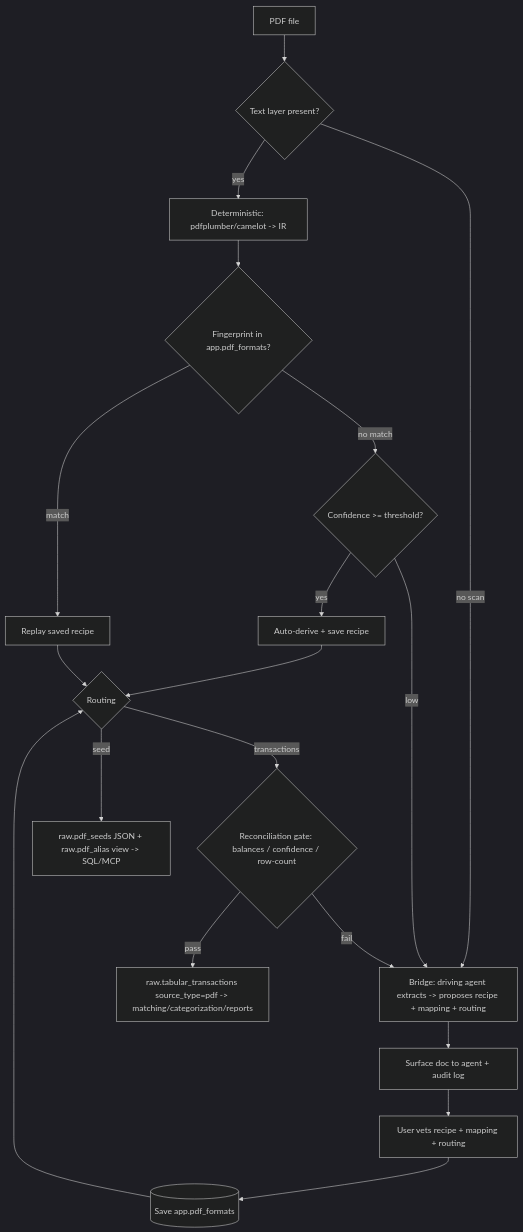
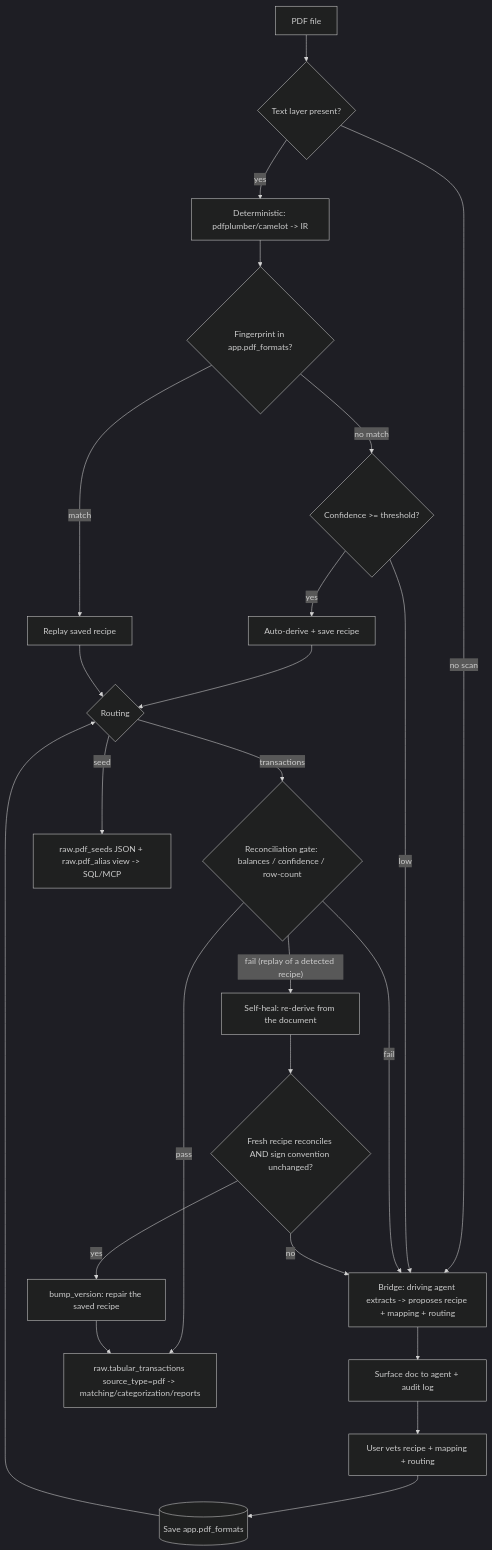
Before and after one commit to bsaffel/moneybin: the diagram in docs/specs/smart-import-pdf.md, drawn with Mermaid (dark theme). The commit also changed other lines of this file and 5 other files, not shown here.

````diff
--- a/docs/specs/smart-import-pdf.md
+++ b/docs/specs/smart-import-pdf.md
@@ -192,22 +193,26 @@
 ```mermaid
 flowchart TD
     A[PDF file] --> B{Text layer present?}
     B -- yes --> C[Deterministic: pdfplumber/camelot -> IR]
     B -- no scan --> BR
     C --> F{Fingerprint in app.pdf_formats?}
     F -- match --> R[Replay saved recipe]
     F -- no match --> S{Confidence >= threshold?}
     S -- yes --> DSAVE[Auto-derive + save recipe]
     DSAVE --> ROUTE
     S -- low --> BR[Bridge: driving agent extracts -> proposes recipe + mapping + routing]
     BR --> NOTICE[Surface doc to agent + audit log]
     NOTICE --> VET[User vets recipe + mapping + routing]
     VET --> SAVE[(Save app.pdf_formats)]
     SAVE --> ROUTE
     R --> ROUTE
     ROUTE{Routing}
     ROUTE -- transactions --> GUARD{Reconciliation gate: balances / confidence / row-count}
     GUARD -- pass --> T[raw.tabular_transactions source_type=pdf -> matching/categorization/reports]
+    GUARD -- "fail (replay of a detected recipe)" --> HEAL[Self-heal: re-derive from the document]
     GUARD -- fail --> BR
+    HEAL --> HGATE{Fresh recipe reconciles AND sign convention unchanged?}
+    HGATE -- yes --> BUMP[bump_version: repair the saved recipe] --> T
+    HGATE -- no --> BR
     ROUTE -- seed --> SEED[raw.pdf_seeds JSON + raw.pdf_alias view -> SQL/MCP]
 ```
````
